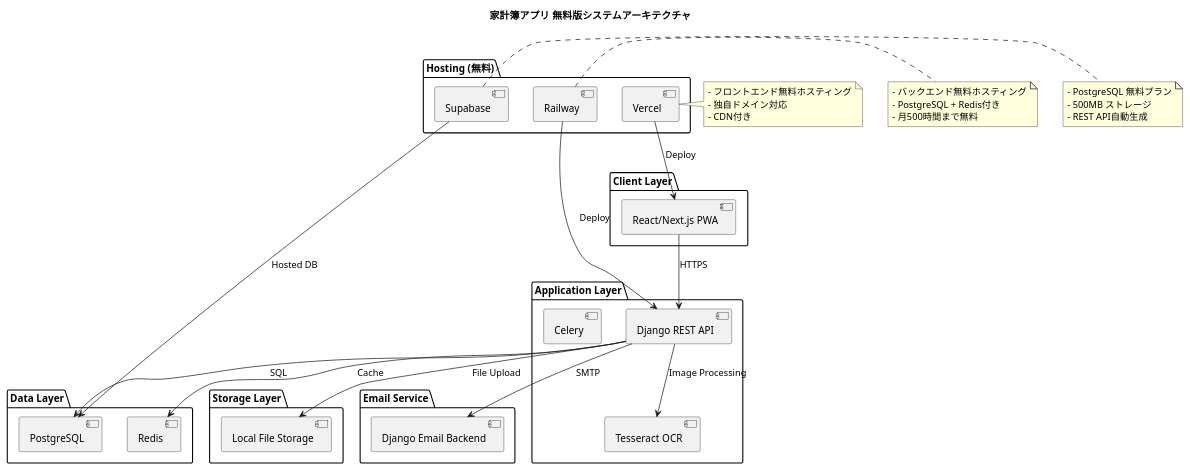
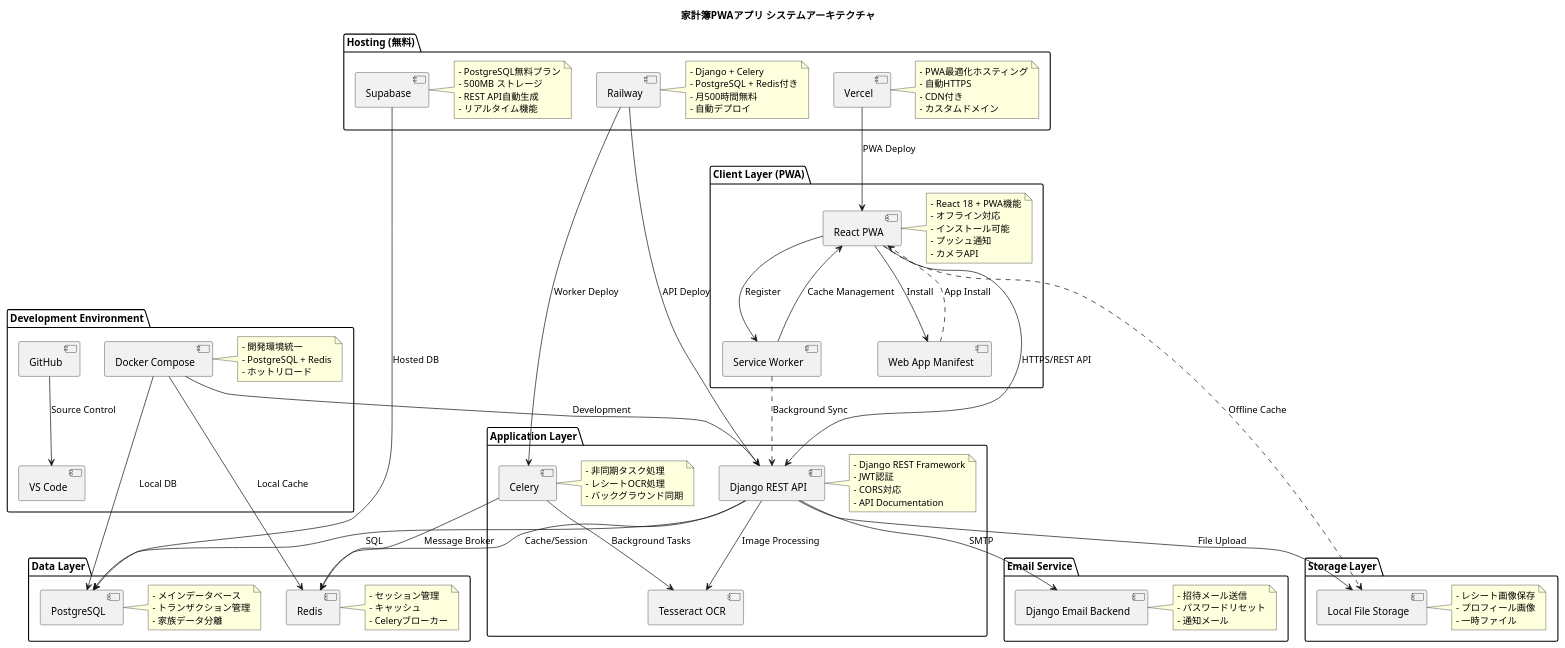
One commit to Yusei-Maekawa/Household-Accounting-App changed the diagram in architectureGraph/system_architecture.puml. Above: the diagram before and after it, drawn with PlantUML.

Commit message:
システムアーキテクチャ完成

```diff
--- a/architectureGraph/system_architecture.puml
+++ b/architectureGraph/system_architecture.puml
@@ -1,62 +1,145 @@
 @startuml
-title 家計簿アプリ 無料版システムアーキテクチャ
+title 家計簿PWAアプリ システムアーキテクチャ
 
-package "Client Layer" {
-  component [React/Next.js PWA] as frontend
+package "Client Layer (PWA)" {
+  component [React PWA] as frontend
+  component [Service Worker] as sw
+  component [Web App Manifest] as manifest
+  
+  note right of frontend
+    - React 18 + PWA機能
+    - オフライン対応
+    - インストール可能
+    - プッシュ通知
+    - カメラAPI
+  end note
 }
 
 package "Application Layer" {
   component [Django REST API] as backend
   component [Celery] as celery
   component [Tesseract OCR] as ocr
+  
+  note right of backend
+    - Django REST Framework
+    - JWT認証
+    - CORS対応
+    - API Documentation
+  end note
+  
+  note right of celery
+    - 非同期タスク処理
+    - レシートOCR処理
+    - バックグラウンド同期
+  end note
 }
 
 package "Data Layer" {
   database [PostgreSQL] as postgres
   database [Redis] as redis
+  
+  note right of postgres
+    - メインデータベース
+    - トランザクション管理
+    - 家族データ分離
+  end note
+  
+  note right of redis
+    - セッション管理
+    - キャッシュ
+    - Celeryブローカー
+  end note
 }
 
 package "Storage Layer" {
   component [Local File Storage] as storage
+  
+  note right of storage
+    - レシート画像保存
+    - プロフィール画像
+    - 一時ファイル
+  end note
 }
 
 package "Email Service" {
   component [Django Email Backend] as email
+  
+  note right of email
+    - 招待メール送信
+    - パスワードリセット
+    - 通知メール
+  end note
+}
+
+package "Development Environment" {
+  component [Docker Compose] as docker
+  component [VS Code] as vscode
+  component [GitHub] as github
+  
+  note right of docker
+    - 開発環境統一
+    - PostgreSQL + Redis
+    - ホットリロード
+  end note
 }
 
 package "Hosting (無料)" {
   cloud [Vercel] as vercel_host
   cloud [Railway] as railway_host
   cloud [Supabase] as supabase_db
+  
+  note right of vercel_host
+    - PWA最適化ホスティング
+    - 自動HTTPS
+    - CDN付き
+    - カスタムドメイン
+  end note
+  
+  note right of railway_host
+    - Django + Celery
+    - PostgreSQL + Redis付き
+    - 月500時間無料
+    - 自動デプロイ
+  end note
+  
+  note right of supabase_db
+    - PostgreSQL無料プラン
+    - 500MB ストレージ
+    - REST API自動生成
+    - リアルタイム機能
+  end note
 }
 
-frontend --> backend : HTTPS
+' PWA関連の接続
+frontend --> sw : Register
+frontend --> manifest : Install
+sw --> frontend : Cache Management
+
+' API関連の接続
+frontend --> backend : HTTPS/REST API
 backend --> postgres : SQL
-backend --> redis : Cache
+backend --> redis : Cache/Session
 backend --> storage : File Upload
 backend --> email : SMTP
 backend --> ocr : Image Processing
+celery --> redis : Message Broker
+celery --> ocr : Background Tasks
 
-vercel_host --> frontend : Deploy
-railway_host --> backend : Deploy
+' 開発環境
+docker --> backend : Development
+docker --> postgres : Local DB
+docker --> redis : Local Cache
+github --> vscode : Source Control
+
+' デプロイ関連
+vercel_host --> frontend : PWA Deploy
+railway_host --> backend : API Deploy
+railway_host --> celery : Worker Deploy
 supabase_db --> postgres : Hosted DB
 
-note right of vercel_host
-  - フロントエンド無料ホスティング
-  - 独自ドメイン対応
-  - CDN付き
-end note
-
-note right of railway_host
-  - バックエンド無料ホスティング
-  - PostgreSQL + Redis付き
-  - 月500時間まで無料
-end note
-
-note right of supabase_db
-  - PostgreSQL 無料プラン
-  - 500MB ストレージ
-  - REST API自動生成
-end note
+' PWA特有の機能フロー
+frontend ..> storage : Offline Cache
+sw ..> backend : Background Sync
+manifest ..> frontend : App Install
 
 @enduml
```
